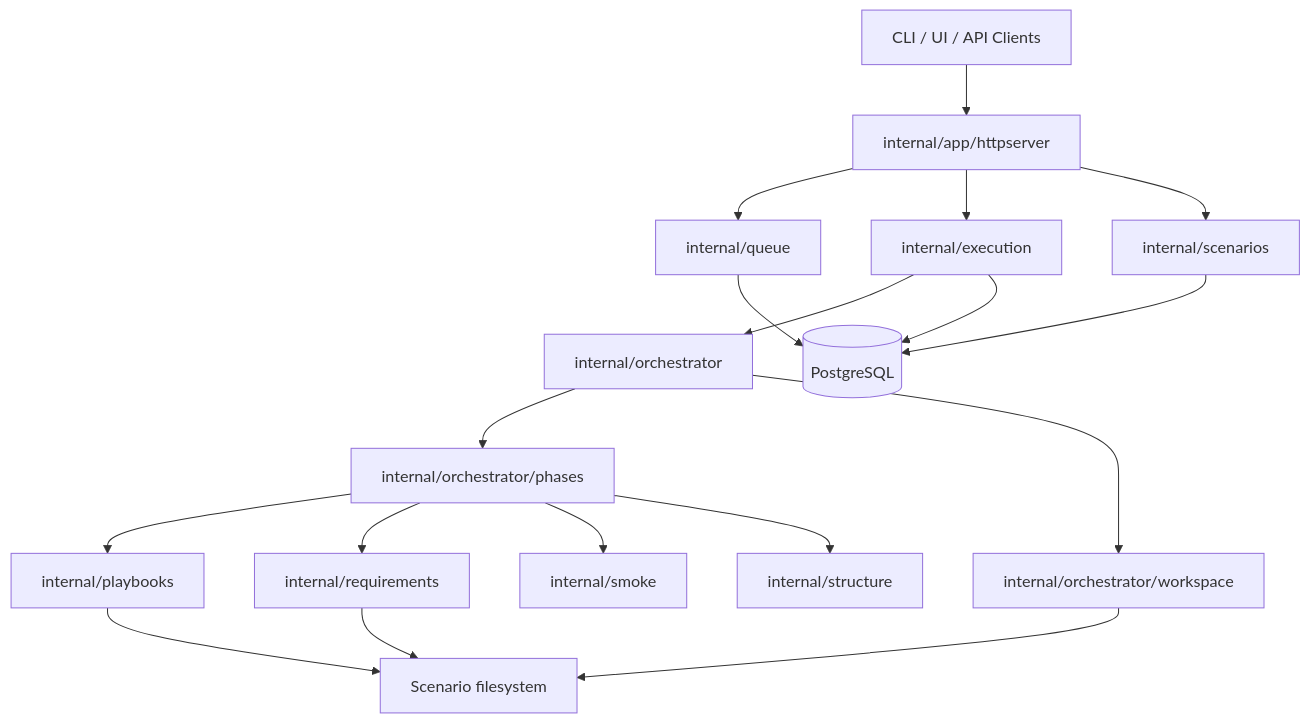
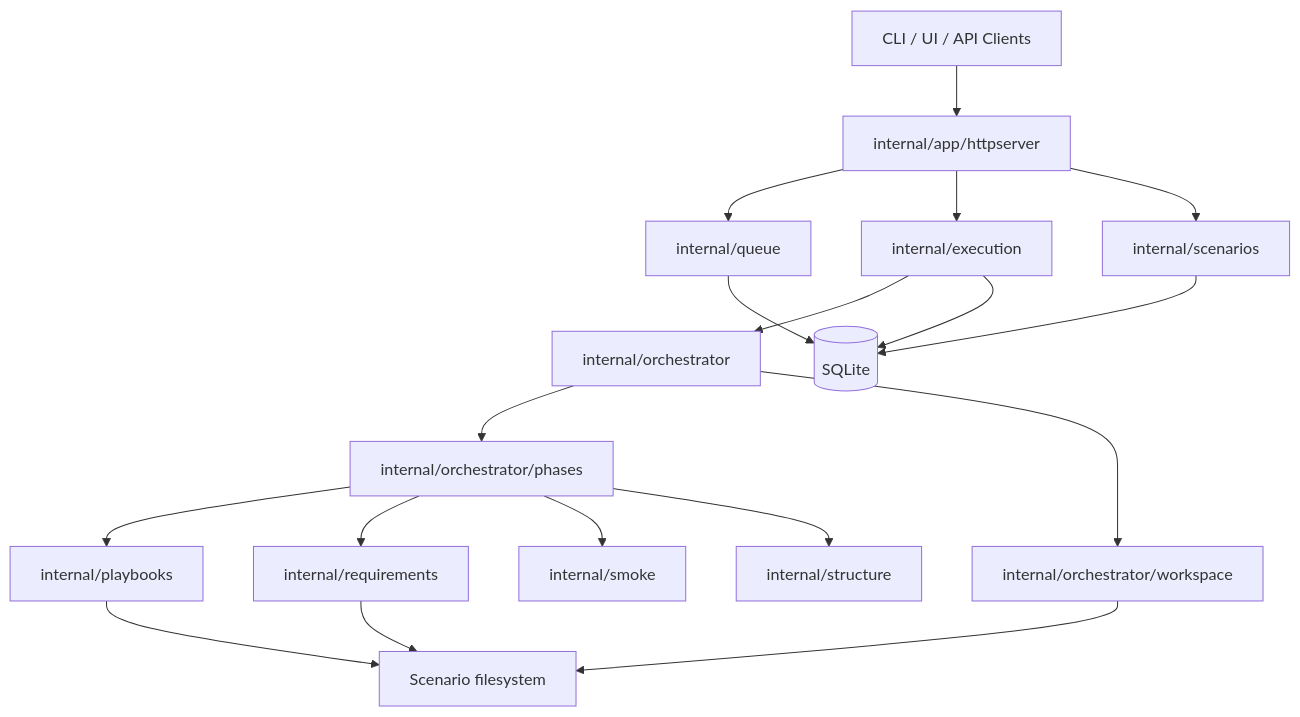
The diagram in scenarios/test-genie/docs/concepts/architecture.md (Vrooli/Vrooli), drawn with Mermaid before and after one commit. The commit also changed other lines of this file and 62 other files, not shown here.

````diff
--- a/scenarios/test-genie/docs/concepts/architecture.md
+++ b/scenarios/test-genie/docs/concepts/architecture.md
@@ -7,22 +7,22 @@
 ```mermaid
 flowchart TB
     cli["CLI / UI / API Clients"] --> http["internal/app/httpserver"]
     http --> queue["internal/queue"]
     http --> execution["internal/execution"]
     http --> scenarios["internal/scenarios"]
 
     execution --> orchestrator["internal/orchestrator"]
     orchestrator --> phases["internal/orchestrator/phases"]
     orchestrator --> workspace["internal/orchestrator/workspace"]
     phases --> playbooks["internal/playbooks"]
     phases --> requirements["internal/requirements"]
     phases --> smoke["internal/smoke"]
     phases --> structure["internal/structure"]
 
-    queue --> postgres[(PostgreSQL)]
-    execution --> postgres
-    scenarios --> postgres
+    queue --> sqlite[(SQLite)]
+    execution --> sqlite
+    scenarios --> sqlite
     playbooks --> fs["Scenario filesystem"]
     workspace --> fs
     requirements --> fs
 ```
````
